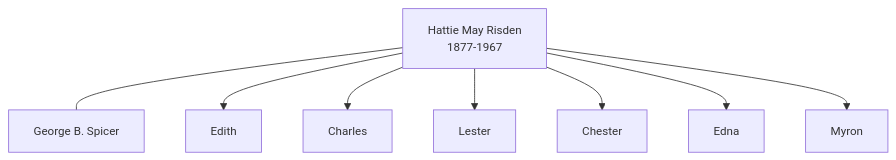
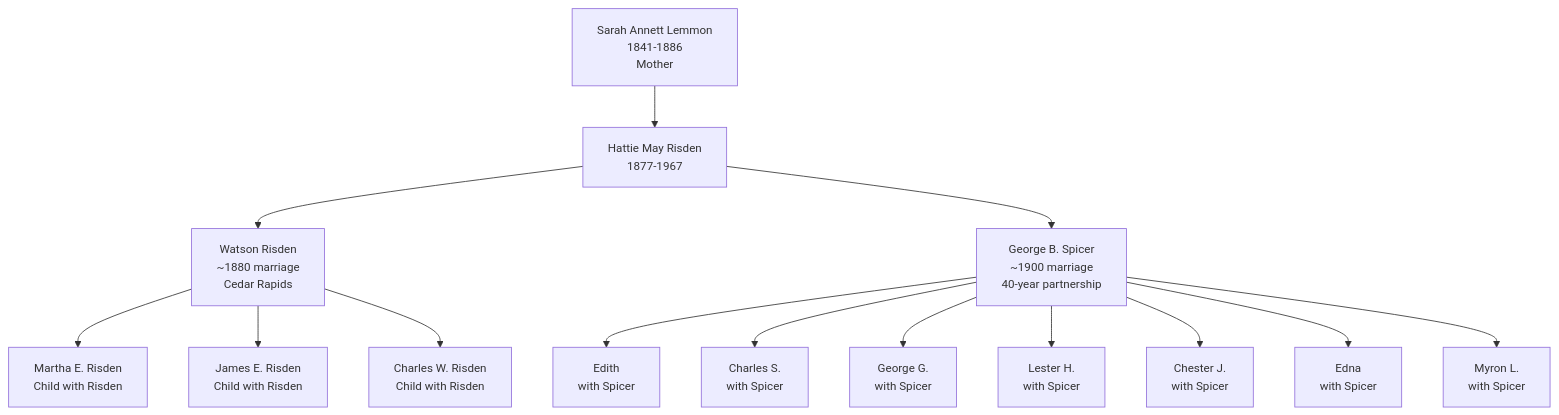
One commit to zcopley/thorpe-family-research changed the diagram in People/Hattie May Risden.md. Above: the diagram before and after it, drawn with Mermaid. The commit also changed other lines of this file and 4 other files, not shown here.

First line of the commit message:
Add Mermaid family diagrams to Lemmon-Blake-Thorpe-Spicer cluster

````diff
--- a/People/Hattie May Risden.md
+++ b/People/Hattie May Risden.md
@@ -83,20 +83,35 @@
 ```mermaid
 %%{init: {'flowchart': {'htmlLabels': true}, 'theme': 'default', 'themeVariables': {'primaryTextColor': '#000000', 'primaryBorderColor': '#333333', 'lineColor': '#333333', 'fontSize': '14px'}}}%%
 graph TD
-  HMR[Hattie May Risden<br/>1877-1967]
-  GS[George B. Spicer]
-  ED[Edith]
-  CH[Charles]
-  L[Lester]
-  C[Chester]
-  E[Edna]
-  M[Myron]
-
-  HMR --- GS
-  HMR --> ED
-  HMR --> CH
-  HMR --> L
-  HMR --> C
-  HMR --> E
-  HMR --> M
+  SAL["Sarah Annett Lemmon<br/>1841-1886<br/>Mother"]
+  HMR["Hattie May Risden<br/>1877-1967"]
+  
+  WR["Watson Risden<br/>~1880 marriage<br/>Cedar Rapids"]
+  GS["George B. Spicer<br/>~1900 marriage<br/>40-year partnership"]
+  
+  ME["Martha E. Risden<br/>Child with Risden"]
+  JE["James E. Risden<br/>Child with Risden"]
+  CW["Charles W. Risden<br/>Child with Risden"]
+  
+  ED["Edith<br/>with Spicer"]
+  CH["Charles S.<br/>with Spicer"]
+  G["George G.<br/>with Spicer"]
+  L["Lester H.<br/>with Spicer"]
+  C["Chester J.<br/>with Spicer"]
+  E["Edna<br/>with Spicer"]
+  M["Myron L.<br/>with Spicer"]
+  
+  SAL --> HMR
+  HMR --> WR
+  HMR --> GS
+  WR --> ME
+  WR --> JE
+  WR --> CW
+  GS --> ED
+  GS --> CH
+  GS --> G
+  GS --> L
+  GS --> C
+  GS --> E
+  GS --> M
 ```
````
